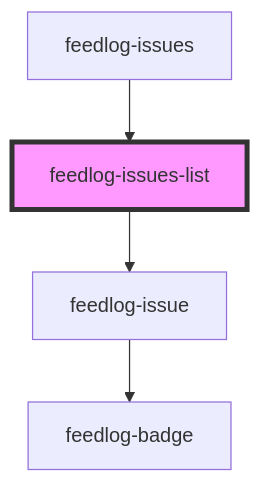
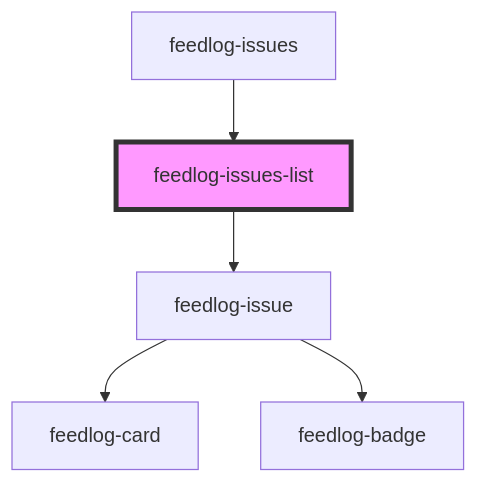
One commit to FeedlogAI/feedlog-toolkit changed the diagram in packages/webcomponents/src/components/feedlog-issues-list/readme.md. Above: the diagram before and after it, drawn with Mermaid. The commit also changed other lines of this file and 24 other files, not shown here.

First line of the commit message:
feat: enhance FeedlogCard component with collapsible functionality

````diff
--- a/packages/webcomponents/src/components/feedlog-issues-list/readme.md
+++ b/packages/webcomponents/src/components/feedlog-issues-list/readme.md
@@ -43,7 +44,8 @@
 ```mermaid
 graph TD;
   feedlog-issues-list --> feedlog-issue
+  feedlog-issue --> feedlog-card
   feedlog-issue --> feedlog-badge
   feedlog-issues --> feedlog-issues-list
   style feedlog-issues-list fill:#f9f,stroke:#333,stroke-width:4px
 ```
````
